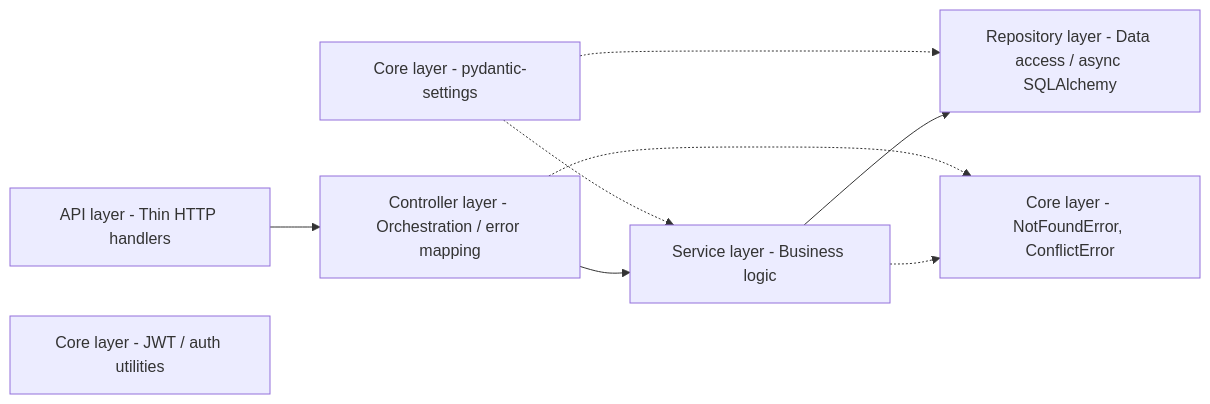
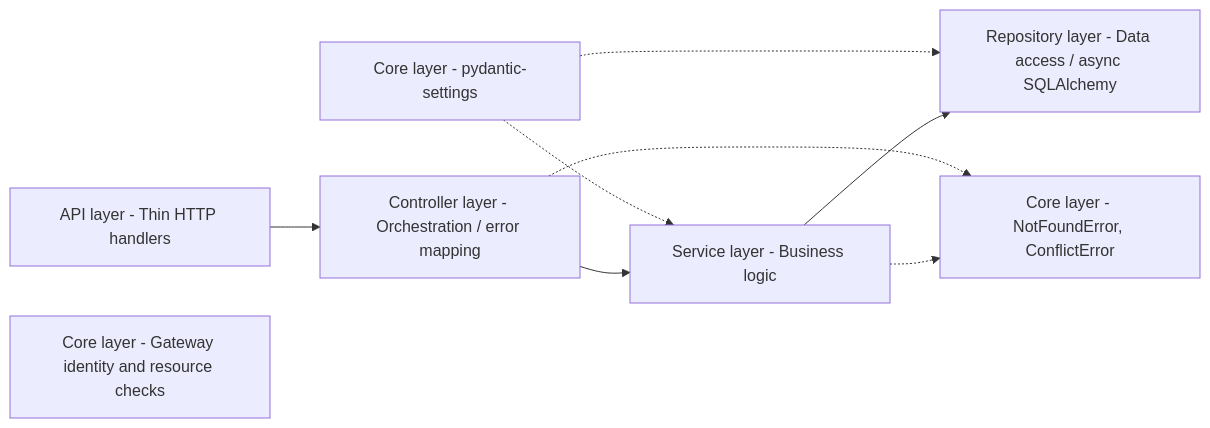
The third of 6 diagrams in docs/architecture-overview.md (yurtalangokhan/NewSSI), drawn with Mermaid before and after one commit. The commit also changed other lines of this file and 4446 other files, not shown here.

````diff
--- a/docs/architecture-overview.md
+++ b/docs/architecture-overview.md
@@ -92,18 +155,18 @@
 ```mermaid
 flowchart LR
   Route["API layer - Thin HTTP handlers"]
   Controller["Controller layer - Orchestration / error mapping"]
   Service["Service layer - Business logic"]
   Repository["Repository layer - Data access / async SQLAlchemy"]
   Config["Core layer - pydantic-settings"]
   Exceptions["Core layer - NotFoundError, ConflictError"]
-  Security["Core layer - JWT / auth utilities"]
+  Security["Core layer - Gateway identity and resource checks"]
 
   Route --> Controller
   Controller --> Service
   Service --> Repository
   Service -.-> Exceptions
   Controller -.-> Exceptions
   Config -.-> Service
   Config -.-> Repository
 ```
````
